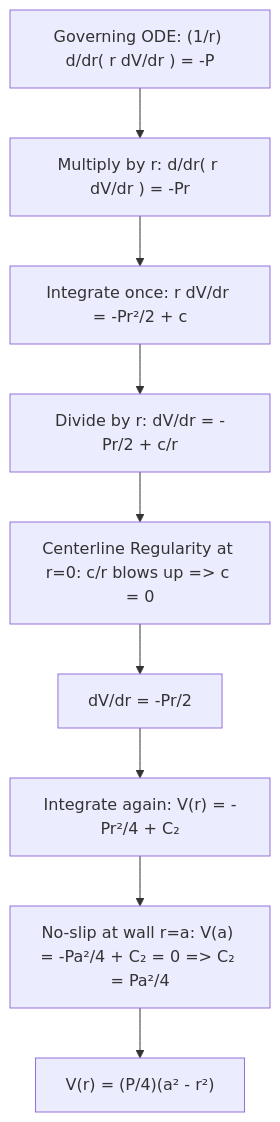
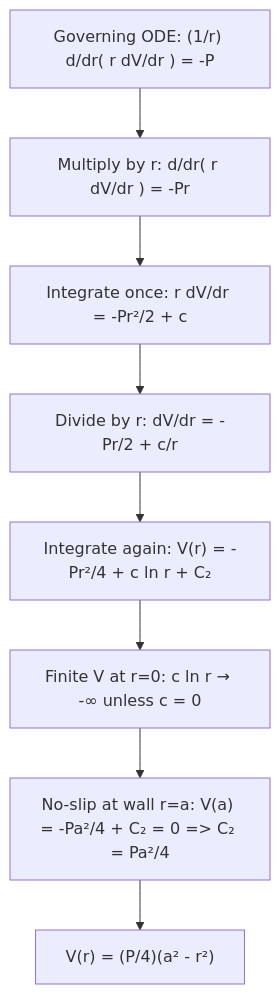
One commit to 251-B/AerospaceEngineering changed the first of 2 diagrams in vault/04 - Advanced Maths/Problema - Ch1-P10 Laminar Viscous Poiseuille Flow.md. Above: the diagram before and after it, drawn with Mermaid. The commit also changed other lines of this file and 18 other files, not shown here.

````diff
--- a/vault/04 - Advanced Maths/Problema - Ch1-P10 Laminar Viscous Poiseuille Flow.md
+++ b/vault/04 - Advanced Maths/Problema - Ch1-P10 Laminar Viscous Poiseuille Flow.md
@@ -61,11 +61,10 @@
 ```mermaid
 flowchart TD
     Gov["Governing ODE: (1/r) d/dr( r dV/dr ) = -P"] --> Mult["Multiply by r: d/dr( r dV/dr ) = -Pr"]
     Mult --> Int1["Integrate once: r dV/dr = -Pr²/2 + c"]
     Int1 --> Grad["Divide by r: dV/dr = -Pr/2 + c/r"]
-    Grad --> Reg["Centerline Regularity at r=0: c/r blows up => c = 0"]
-    Reg --> CleanGrad["dV/dr = -Pr/2"]
-    CleanGrad --> Int2["Integrate again: V(r) = -Pr²/4 + C₂"]
-    Int2 --> NoSlip["No-slip at wall r=a: V(a) = -Pa²/4 + C₂ = 0 => C₂ = Pa²/4"]
+    Grad --> Int2["Integrate again: V(r) = -Pr²/4 + c ln r + C₂"]
+    Int2 --> Reg["Finite V at r=0: c ln r → -∞ unless c = 0"]
+    Reg --> NoSlip["No-slip at wall r=a: V(a) = -Pa²/4 + C₂ = 0 => C₂ = Pa²/4"]
     NoSlip --> Final["V(r) = (P/4)(a² - r²)"]
 ```
````
